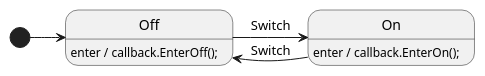
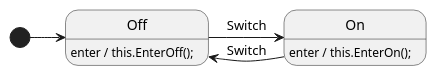
Before and after one commit to StateSmith/StateSmith: the diagram in docs/languages/csharp/Lightbulb.puml, drawn with PlantUML. The commit also changed 3 other files, not shown here.

```diff
--- a/docs/languages/csharp/Lightbulb.puml
+++ b/docs/languages/csharp/Lightbulb.puml
@@ -1,12 +1,12 @@
 @startuml
 [*] -> Off
 Off -> On : Switch
 On -> Off : Switch
 
 ' Use actions to call functions on various triggers, 
 ' such as entering or exiting a state.
 ' You can call these functions whatever you want.
 ' You will define these functions in your callback.
-Off: enter / callback.EnterOff();
-On: enter / callback.EnterOn();
+Off: enter / this.EnterOff();
+On: enter / this.EnterOn();
 @enduml
```
